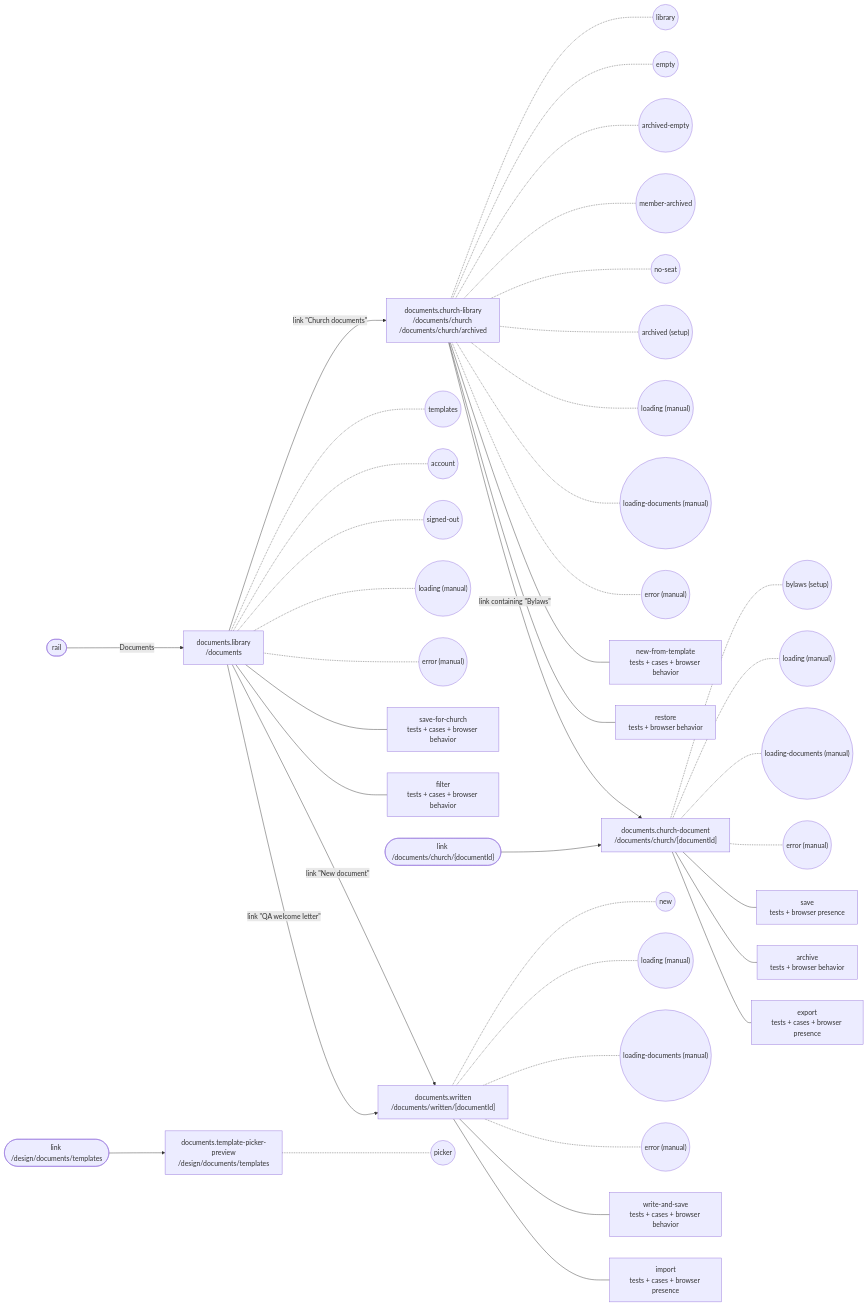
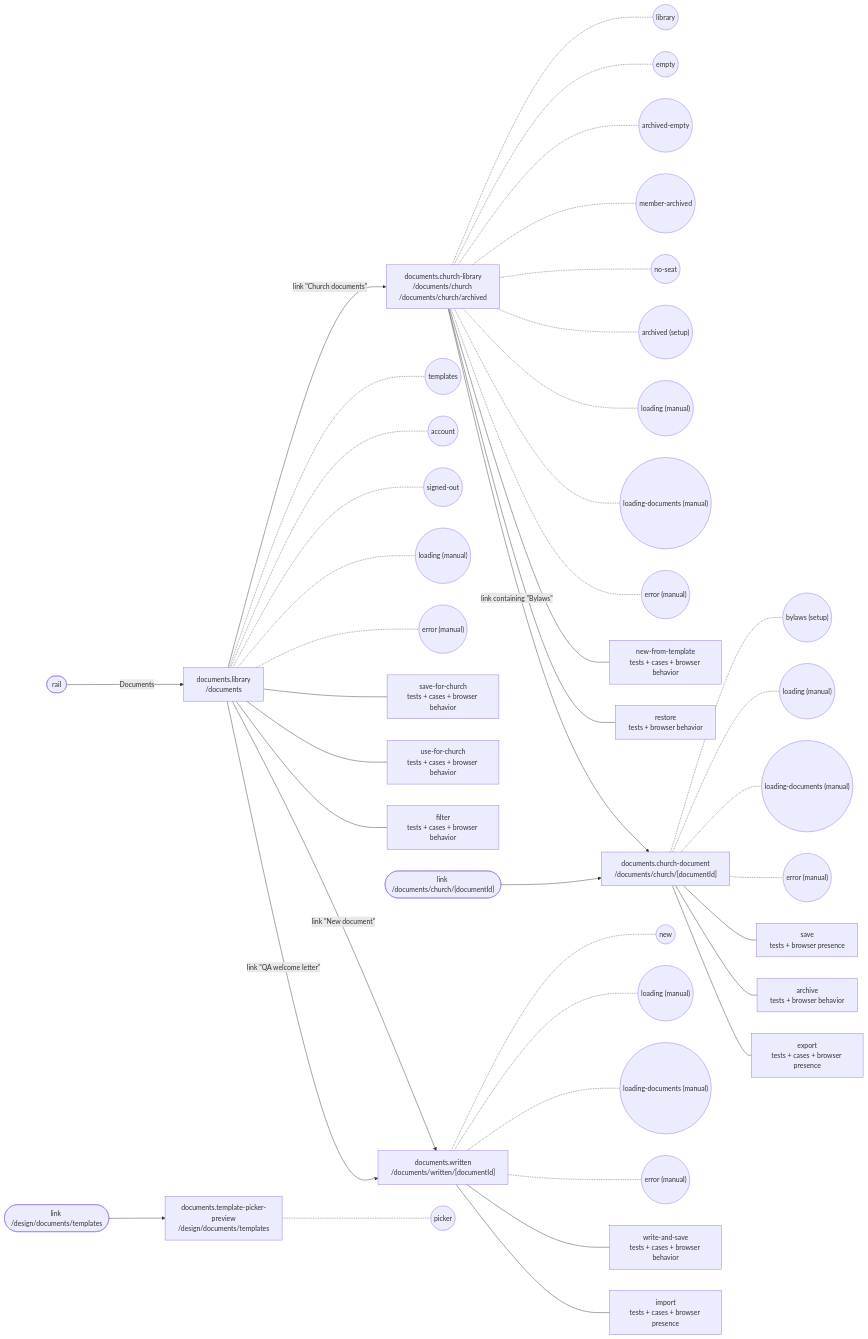
The diagram in docs/feature-maps/documents.md (SebastianGarces/everyfield), drawn with Mermaid before and after one commit. The commit also changed other lines of this file and 5 other files, not shown here.

````diff
--- a/docs/feature-maps/documents.md
+++ b/docs/feature-maps/documents.md
@@ -6,50 +6,51 @@
 ```mermaid
 flowchart LR
   rail(["rail"])
   s2_link1(["link /documents/church/{documentId}"])
   s4_link0(["link /design/documents/templates"])
   s0["documents.library<br/>/documents"]
   rail -- "Documents" --> s0
   s0 -.- s0_st0(("templates"))
   s0 -.- s0_st1(("account"))
   s0 -.- s0_st2(("signed-out"))
   s0 -.- s0_st3(("loading (manual)"))
   s0 -.- s0_st4(("error (manual)"))
   s0 --- s0_b0["save-for-church<br/>tests + cases + browser behavior"]
-  s0 --- s0_b1["filter<br/>tests + cases + browser behavior"]
+  s0 --- s0_b1["use-for-church<br/>tests + cases + browser behavior"]
+  s0 --- s0_b2["filter<br/>tests + cases + browser behavior"]
   s1["documents.church-library<br/>/documents/church /documents/church/archived"]
   s0 -- "link #quot;Church documents#quot;" --> s1
   s1 -.- s1_st0(("library"))
   s1 -.- s1_st1(("empty"))
   s1 -.- s1_st2(("archived-empty"))
   s1 -.- s1_st3(("member-archived"))
   s1 -.- s1_st4(("no-seat"))
   s1 -.- s1_st5(("archived (setup)"))
   s1 -.- s1_st6(("loading (manual)"))
   s1 -.- s1_st7(("loading-documents (manual)"))
   s1 -.- s1_st8(("error (manual)"))
   s1 --- s1_b0["new-from-template<br/>tests + cases + browser behavior"]
   s1 --- s1_b1["restore<br/>tests + browser behavior"]
   s2["documents.church-document<br/>/documents/church/[documentId]"]
   s1 -- "link containing #quot;Bylaws#quot;" --> s2
   s2_link1 --> s2
   s2 -.- s2_st0(("bylaws (setup)"))
   s2 -.- s2_st1(("loading (manual)"))
   s2 -.- s2_st2(("loading-documents (manual)"))
   s2 -.- s2_st3(("error (manual)"))
   s2 --- s2_b0["save<br/>tests + browser presence"]
   s2 --- s2_b1["archive<br/>tests + browser behavior"]
   s2 --- s2_b2["export<br/>tests + cases + browser presence"]
   s3["documents.written<br/>/documents/written/[documentId]"]
   s0 -- "link #quot;New document#quot;" --> s3
   s0 -- "link #quot;QA welcome letter#quot;" --> s3
   s3 -.- s3_st0(("new"))
   s3 -.- s3_st1(("loading (manual)"))
   s3 -.- s3_st2(("loading-documents (manual)"))
   s3 -.- s3_st3(("error (manual)"))
   s3 --- s3_b0["write-and-save<br/>tests + cases + browser behavior"]
   s3 --- s3_b1["import<br/>tests + cases + browser presence"]
   s4["documents.template-picker-preview<br/>/design/documents/templates"]
   s4_link0 --> s4
   s4 -.- s4_st0(("picker"))
 ```
````
